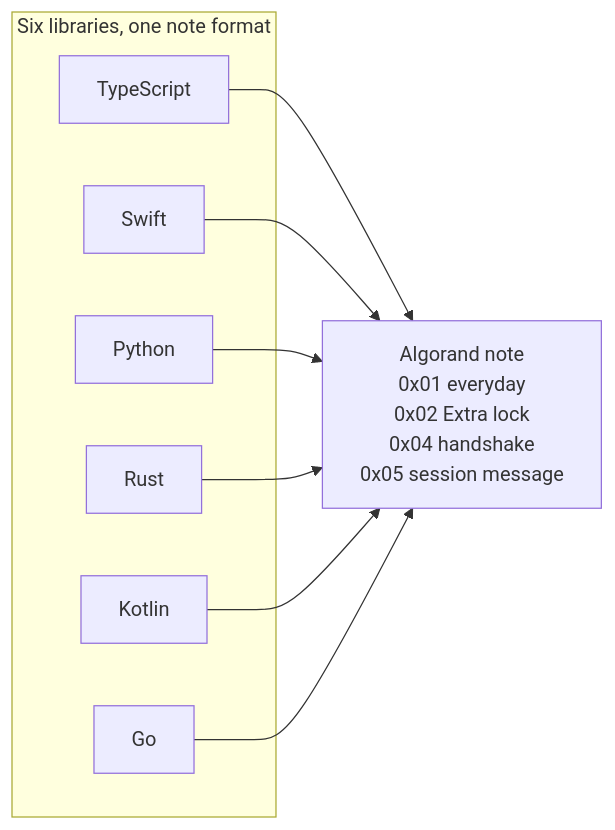
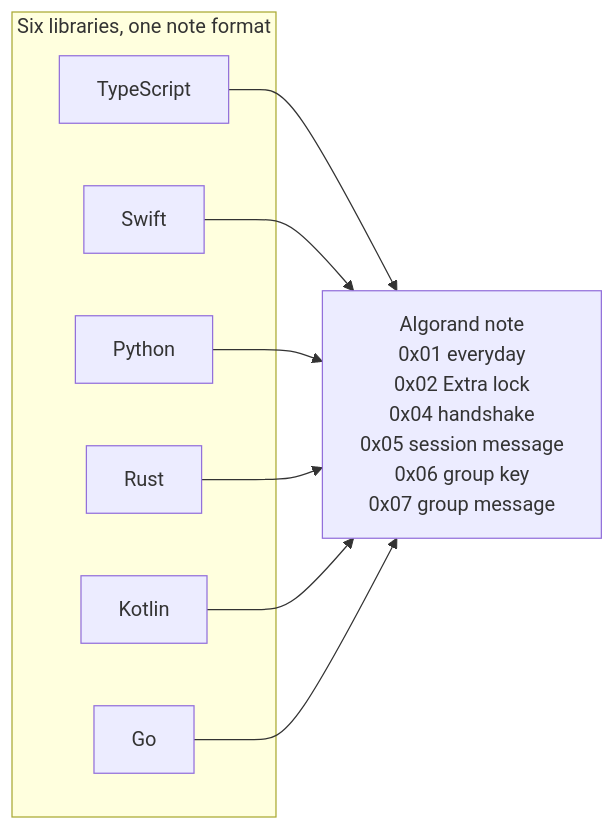
Before and after one commit to CorvidLabs/algochat: the first of 2 diagrams in README.md, drawn with Mermaid. The commit also changed other lines of this file and 83 other files, not shown here.

````diff
--- a/README.md
+++ b/README.md
@@ -26,18 +28,18 @@
 ```mermaid
 flowchart LR
     subgraph libs["Six libraries, one note format"]
         TS[TypeScript]
         SW[Swift]
         PY[Python]
         RS[Rust]
         KT[Kotlin]
         GO[Go]
     end
-    NOTE["Algorand note<br/>0x01 everyday<br/>0x02 Extra lock<br/>0x04 handshake<br/>0x05 session message"]
+    NOTE["Algorand note<br/>0x01 everyday<br/>0x02 Extra lock<br/>0x04 handshake<br/>0x05 session message<br/>0x06 group key<br/>0x07 group message"]
     TS --> NOTE
     SW --> NOTE
     PY --> NOTE
     RS --> NOTE
     KT --> NOTE
     GO --> NOTE
 ```
````
